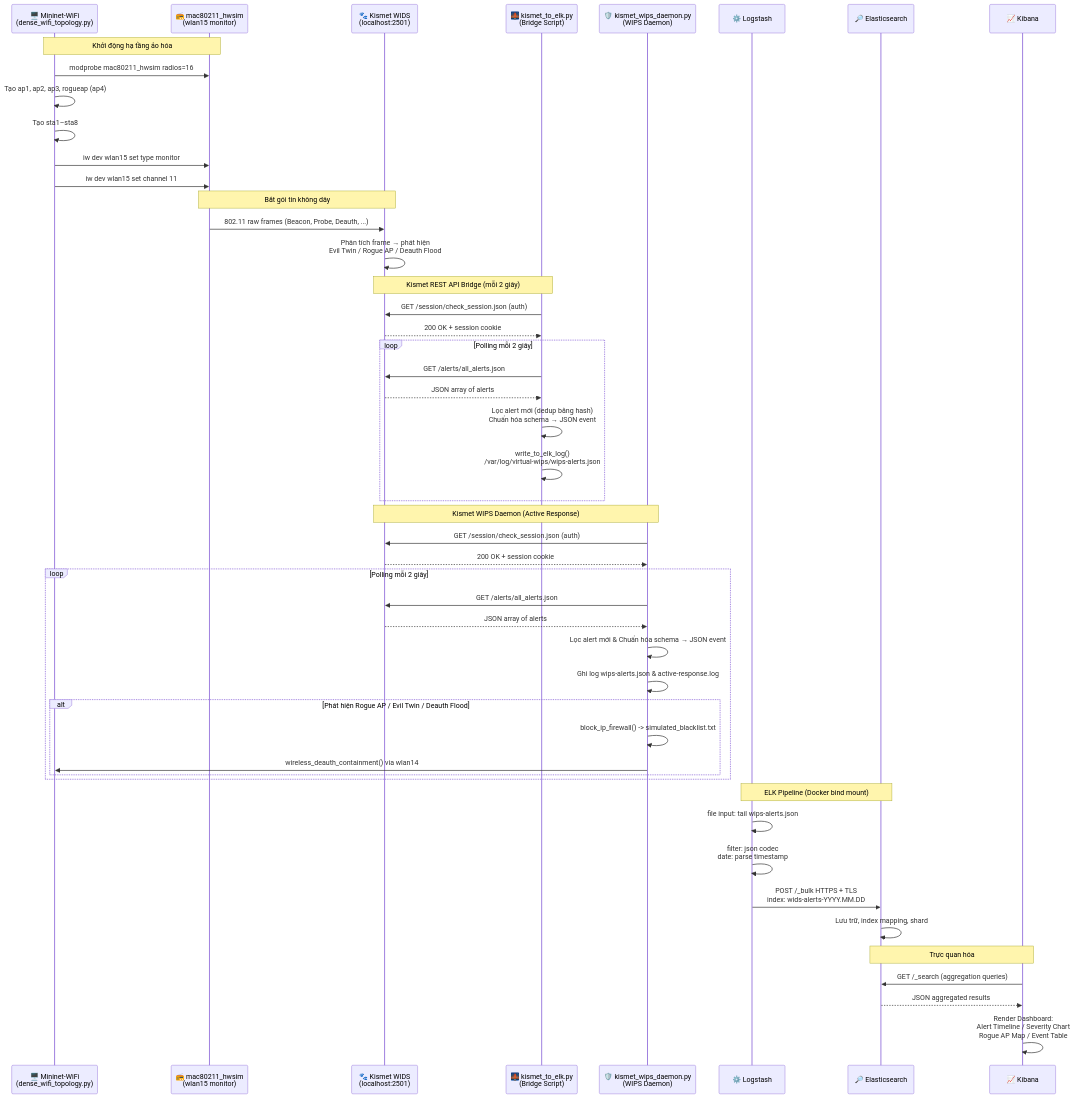
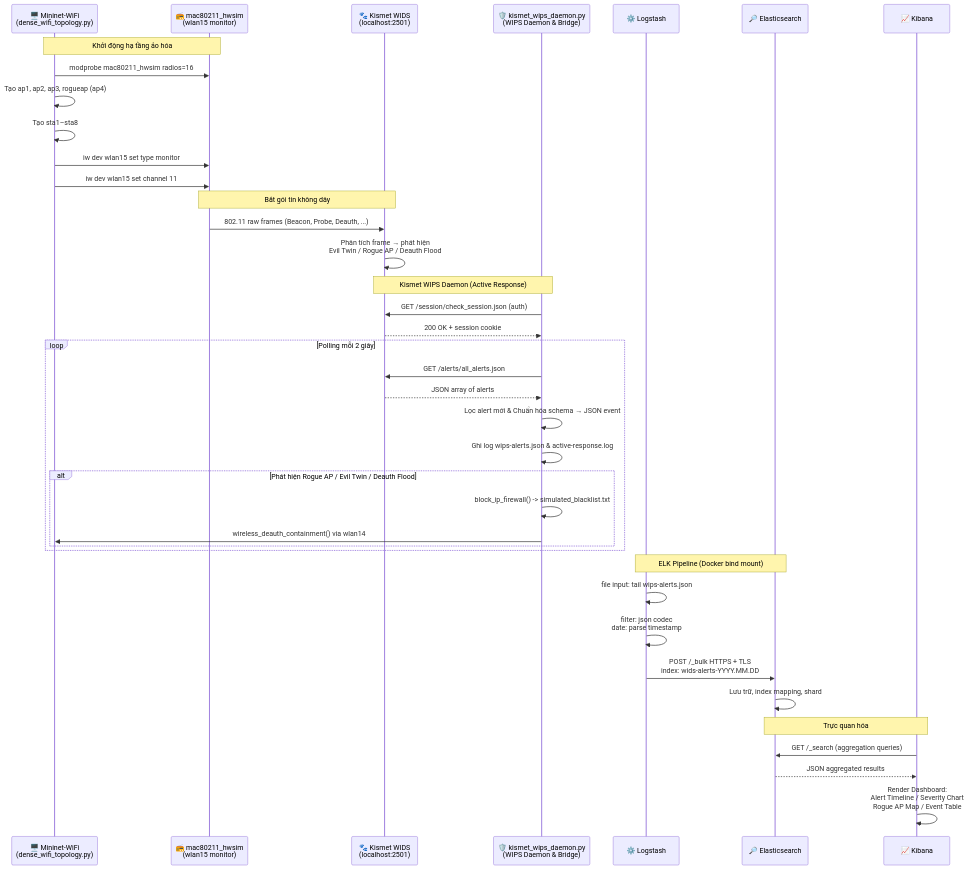
The second of 7 diagrams in DATA_FLOW.md (ph4n10m1808/wireless-mobile-network-security-project), drawn with Mermaid before and after one commit. The commit also changed other lines of this file and 14 other files, not shown here.

````diff
--- a/DATA_FLOW.md
+++ b/DATA_FLOW.md
@@ -65,57 +61,48 @@
 ```mermaid
 sequenceDiagram
     participant MN  as 🖥️ Mininet-WiFi<br/>(dense_wifi_topology.py)
     participant HW  as 📻 mac80211_hwsim<br/>(wlan15 monitor)
     participant KS  as 🐾 Kismet WIDS<br/>(localhost:2501)
-    participant BR  as 🌉 kismet_to_elk.py<br/>(Bridge Script)
-    participant WD  as 🛡️ kismet_wips_daemon.py<br/>(WIPS Daemon)
+    participant WD  as 🛡️ kismet_wips_daemon.py<br/>(WIPS Daemon & Bridge)
     participant LS  as ⚙️ Logstash
     participant ES  as 🔎 Elasticsearch
     participant KB  as 📈 Kibana
 
     Note over MN,HW: Khởi động hạ tầng ảo hóa
     MN->>HW: modprobe mac80211_hwsim radios=16
     MN->>MN: Tạo ap1, ap2, ap3, rogueap (ap4)
     MN->>MN: Tạo sta1–sta8
     MN->>HW: iw dev wlan15 set type monitor
     MN->>HW: iw dev wlan15 set channel 11
 
     Note over HW,KS: Bắt gói tin không dây
     HW->>KS: 802.11 raw frames (Beacon, Probe, Deauth, ...)
     KS->>KS: Phân tích frame → phát hiện<br/>Evil Twin / Rogue AP / Deauth Flood
 
-    Note over KS,BR: Kismet REST API Bridge (mỗi 2 giây)
-    BR->>KS: GET /session/check_session.json (auth)
-    KS-->>BR: 200 OK + session cookie
-    loop Polling mỗi 2 giây
-        BR->>KS: GET /alerts/all_alerts.json
-        KS-->>BR: JSON array of alerts
-        BR->>BR: Lọc alert mới (dedup bằng hash)<br/>Chuẩn hóa schema → JSON event
-        BR->>BR: write_to_elk_log()<br/>/var/log/virtual-wips/wips-alerts.json
-    end
+
 
     Note over KS,WD: Kismet WIPS Daemon (Active Response)
     WD->>KS: GET /session/check_session.json (auth)
     KS-->>WD: 200 OK + session cookie
     loop Polling mỗi 2 giây
         WD->>KS: GET /alerts/all_alerts.json
         KS-->>WD: JSON array of alerts
         WD->>WD: Lọc alert mới & Chuẩn hóa schema → JSON event
         WD->>WD: Ghi log wips-alerts.json & active-response.log
         alt Phát hiện Rogue AP / Evil Twin / Deauth Flood
             WD->>WD: block_ip_firewall() -> simulated_blacklist.txt
             WD->>MN: wireless_deauth_containment() via wlan14
         end
     end
 
     Note over LS,ES: ELK Pipeline (Docker bind mount)
     LS->>LS: file input: tail wips-alerts.json
     LS->>LS: filter: json codec<br/>date: parse timestamp
     LS->>ES: POST /_bulk HTTPS + TLS<br/>index: wids-alerts-YYYY.MM.DD
     ES->>ES: Lưu trữ, index mapping, shard
 
     Note over ES,KB: Trực quan hóa
     KB->>ES: GET /_search (aggregation queries)
     ES-->>KB: JSON aggregated results
     KB->>KB: Render Dashboard:<br/>Alert Timeline / Severity Chart<br/>Rogue AP Map / Event Table
 ```
````
